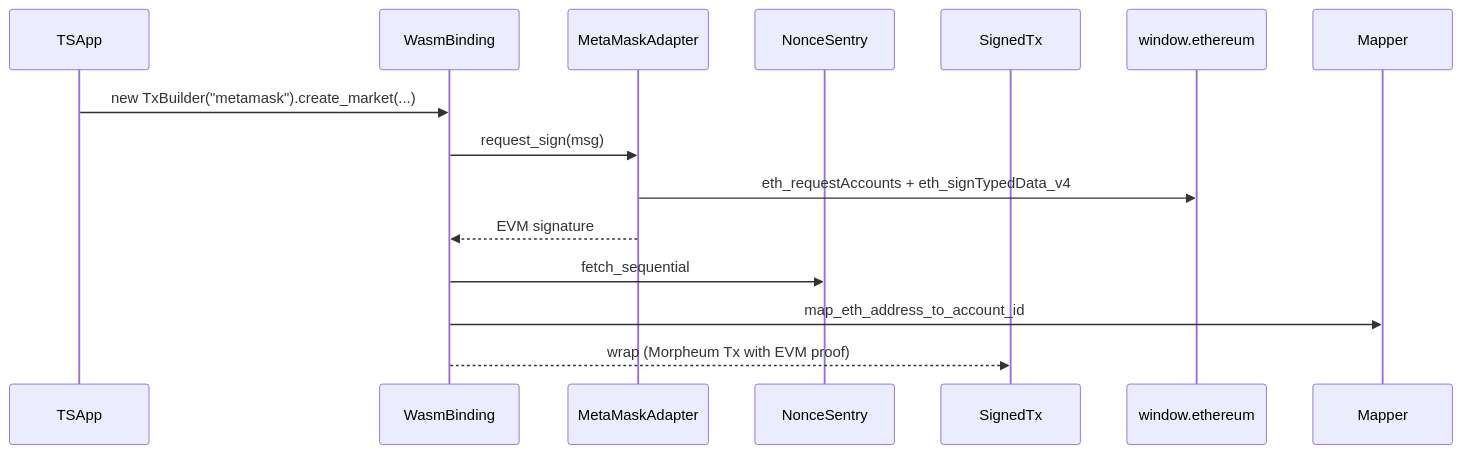
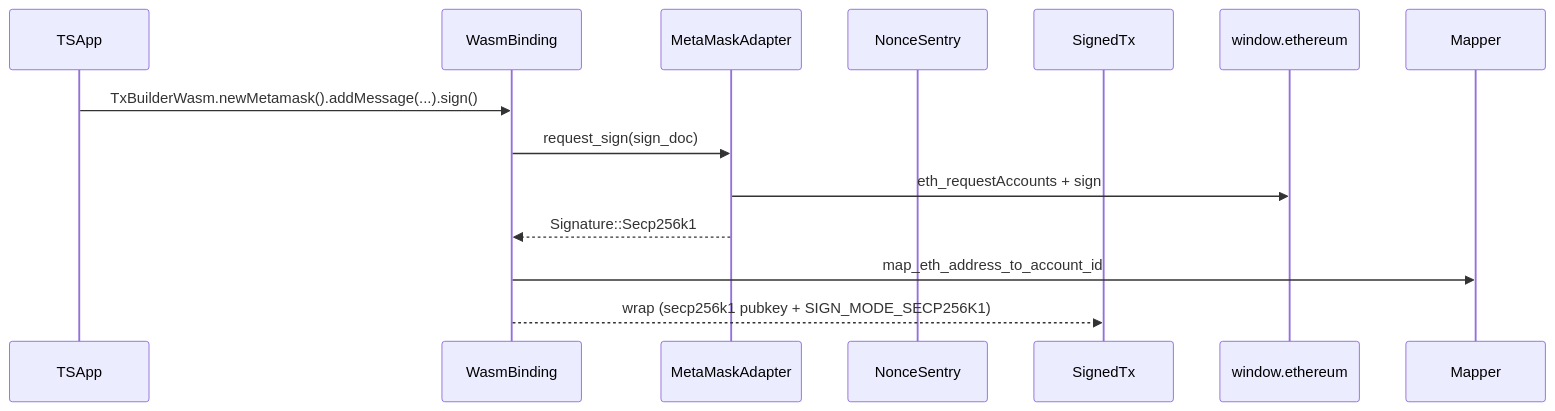
The fourth of 4 diagrams in signing.md (morpheum-labs/morpheum-signing), drawn with Mermaid before and after one commit. The commit also changed other lines of this file and 55 other files, not shown here.

````diff
--- a/signing.md
+++ b/signing.md
@@ -219,15 +293,14 @@
 ```mermaid
 sequenceDiagram
     participant TSApp
     participant WasmBinding
     participant MetaMaskAdapter
     participant NonceSentry
     participant SignedTx
-    TSApp->>WasmBinding: new TxBuilder("metamask").create_market(...)
-    WasmBinding->>MetaMaskAdapter: request_sign(msg)
-    MetaMaskAdapter->>window.ethereum: eth_requestAccounts + eth_signTypedData_v4
-    MetaMaskAdapter-->>WasmBinding: EVM signature
-    WasmBinding->>NonceSentry: fetch_sequential
+    TSApp->>WasmBinding: TxBuilderWasm.newMetamask().addMessage(...).sign()
+    WasmBinding->>MetaMaskAdapter: request_sign(sign_doc)
+    MetaMaskAdapter->>window.ethereum: eth_requestAccounts + sign
+    MetaMaskAdapter-->>WasmBinding: Signature::Secp256k1
     WasmBinding->>Mapper: map_eth_address_to_account_id
-    WasmBinding-->>SignedTx: wrap (Morpheum Tx with EVM proof)
+    WasmBinding-->>SignedTx: wrap (secp256k1 pubkey + SIGN_MODE_SECP256K1)
 ```
````
